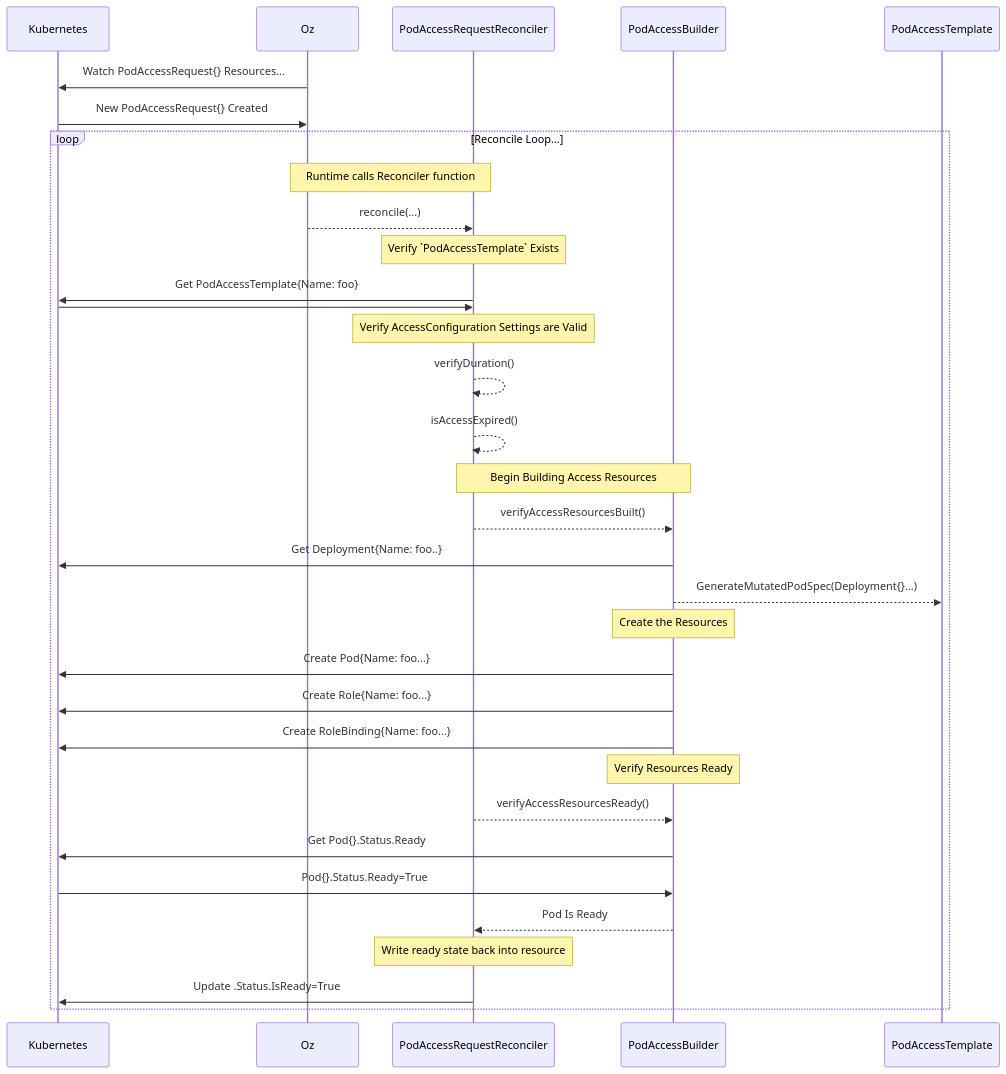
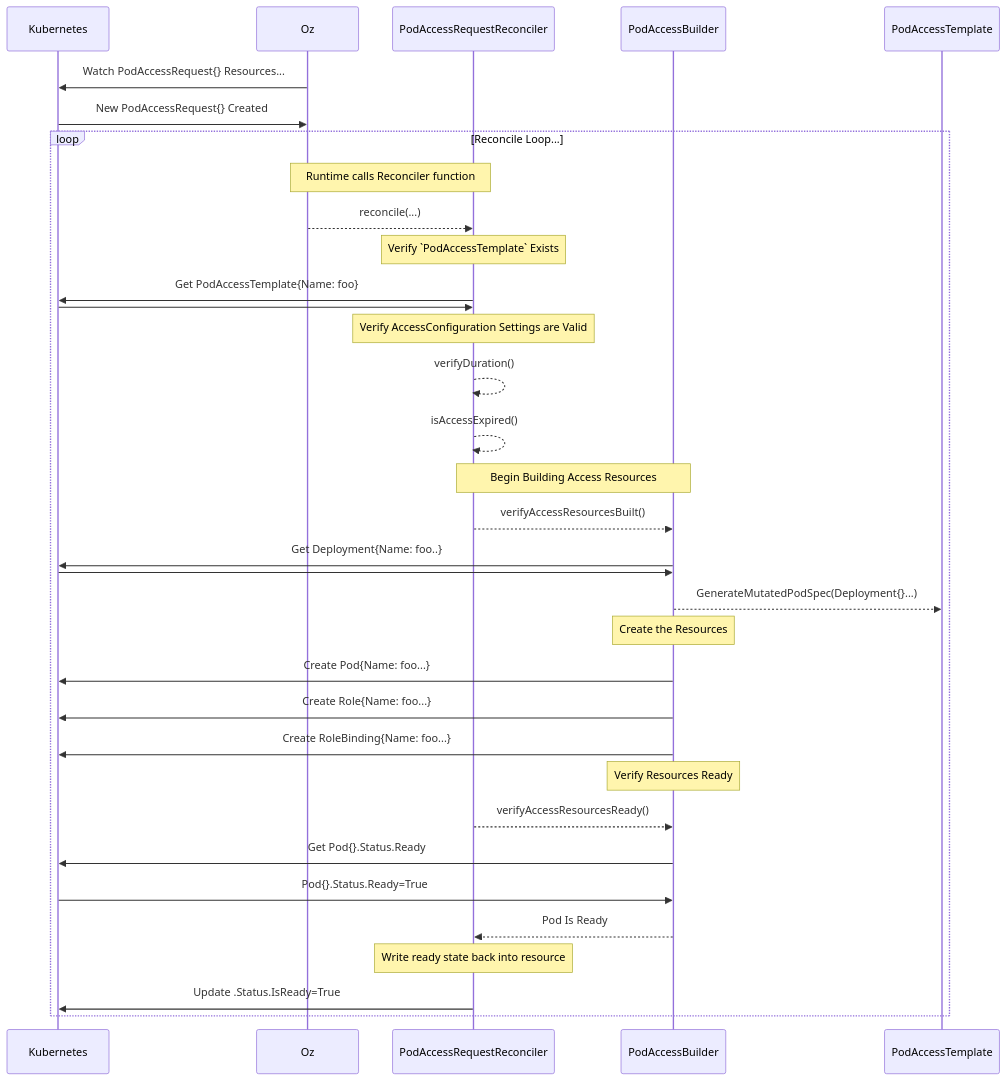
The fourth of 4 diagrams in controllers/README.md (diranged/oz), drawn with Mermaid before and after one commit. The commit also changed other lines of this file, not shown here.

````diff
--- a/controllers/README.md
+++ b/controllers/README.md
@@ -109,46 +156,47 @@
 ```mermaid
 sequenceDiagram
   participant Kubernetes
   participant Oz
   participant PodAccessRequestReconciler
   participant PodAccessBuilder
   participant PodAccessTemplate
   
   Oz->>Kubernetes: Watch PodAccessRequest{} Resources...
   Kubernetes->>Oz: New PodAccessRequest{} Created
 
   loop Reconcile Loop...
     Note over Oz,PodAccessRequestReconciler: Runtime calls Reconciler function
     Oz-->>PodAccessRequestReconciler: reconcile(...)
     
     Note over PodAccessRequestReconciler: Verify `PodAccessTemplate` Exists
     PodAccessRequestReconciler->>Kubernetes: Get PodAccessTemplate{Name: foo}
     Kubernetes->>PodAccessRequestReconciler: 
     
     Note over PodAccessRequestReconciler: Verify AccessConfiguration Settings are Valid
     PodAccessRequestReconciler-->>PodAccessRequestReconciler: verifyDuration()
     PodAccessRequestReconciler-->>PodAccessRequestReconciler: isAccessExpired()
     
     Note over PodAccessRequestReconciler,PodAccessBuilder: Begin Building Access Resources
     PodAccessRequestReconciler-->>PodAccessBuilder: verifyAccessResourcesBuilt()
     
     PodAccessBuilder->>Kubernetes: Get Deployment{Name: foo..}
+    Kubernetes->>PodAccessBuilder: 
     PodAccessBuilder-->>PodAccessTemplate: GenerateMutatedPodSpec(Deployment{}...)
 
     Note over PodAccessBuilder: Create the Resources
     PodAccessBuilder->>Kubernetes: Create Pod{Name: foo...}
     PodAccessBuilder->>Kubernetes: Create Role{Name: foo...}
     PodAccessBuilder->>Kubernetes: Create RoleBinding{Name: foo...}
     
 
     Note over PodAccessBuilder: Verify Resources Ready
     PodAccessRequestReconciler-->>PodAccessBuilder: verifyAccessResourcesReady()
     
     PodAccessBuilder->>Kubernetes: Get Pod{}.Status.Ready
     Kubernetes->>PodAccessBuilder: Pod{}.Status.Ready=True
     PodAccessBuilder-->>PodAccessRequestReconciler: Pod Is Ready
 
     Note over PodAccessRequestReconciler: Write ready state back into resource
     PodAccessRequestReconciler->>Kubernetes: Update .Status.IsReady=True
   end
 ```
````
